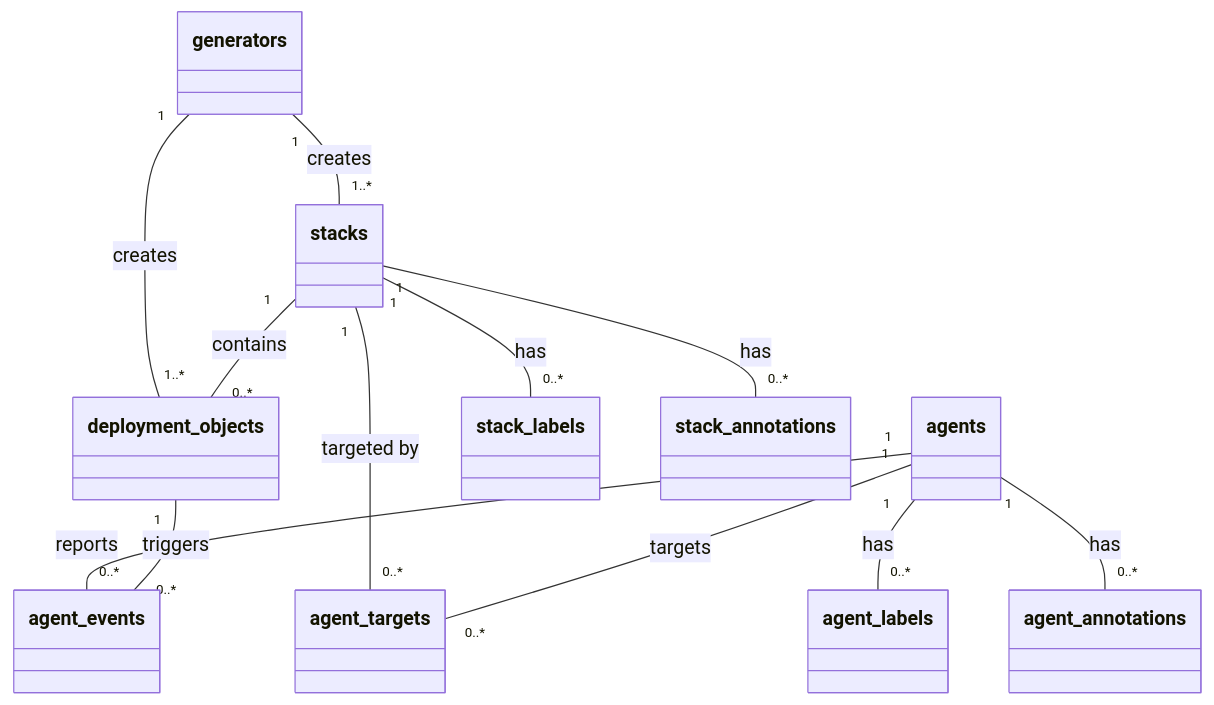
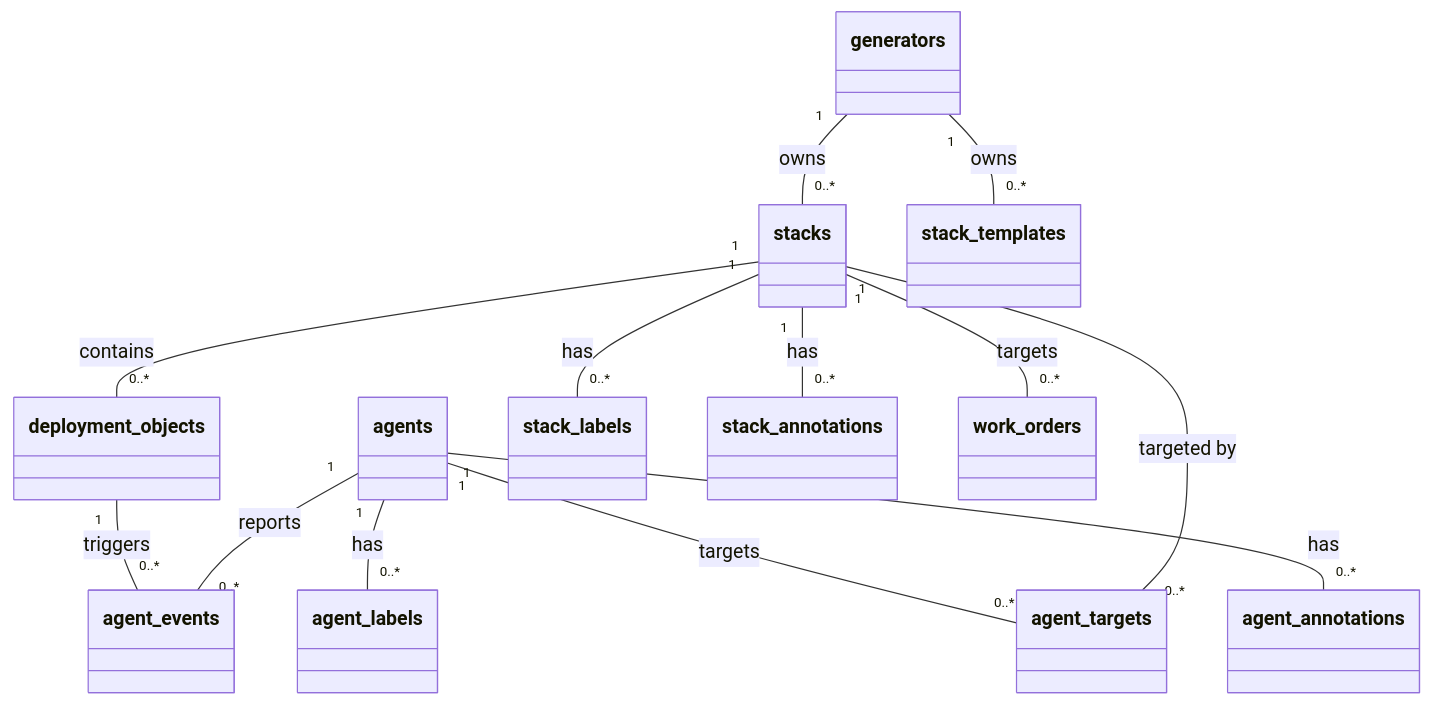
The first of 2 diagrams in docs/content/explanation/data-model.md (colliery-io/brokkr), drawn with Mermaid before and after one commit. The commit also changed 45 other files, not shown here.

```diff
--- a/docs/content/explanation/data-model.md
+++ b/docs/content/explanation/data-model.md
@@ -12,25 +12,28 @@
 {{< mermaid >}}
 classDiagram
     class stacks
     class agents
     class deployment_objects
     class agent_events
     class agent_targets
     class stack_labels
     class stack_annotations
     class agent_labels
     class agent_annotations
     class generators
+    class stack_templates
+    class work_orders
 
-    generators "1" -- "1..*" stacks : creates
-    generators "1" -- "1..*" deployment_objects : creates
+    generators "1" -- "0..*" stacks : owns
     stacks "1" -- "0..*" deployment_objects : contains
     stacks "1" -- "0..*" agent_targets : targeted by
     agents "1" -- "0..*" agent_events : reports
     agents "1" -- "0..*" agent_targets : targets
     deployment_objects "1" -- "0..*" agent_events : triggers
     stacks "1" -- "0..*" stack_labels : has
     stacks "1" -- "0..*" stack_annotations : has
     agents "1" -- "0..*" agent_labels : has
     agents "1" -- "0..*" agent_annotations : has
+    generators "1" -- "0..*" stack_templates : owns
+    stacks "1" -- "0..*" work_orders : targets
 {{< /mermaid >}}
```
